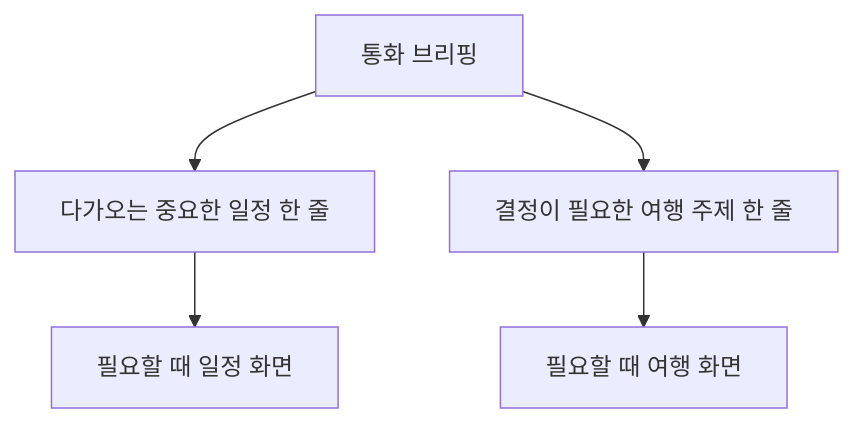
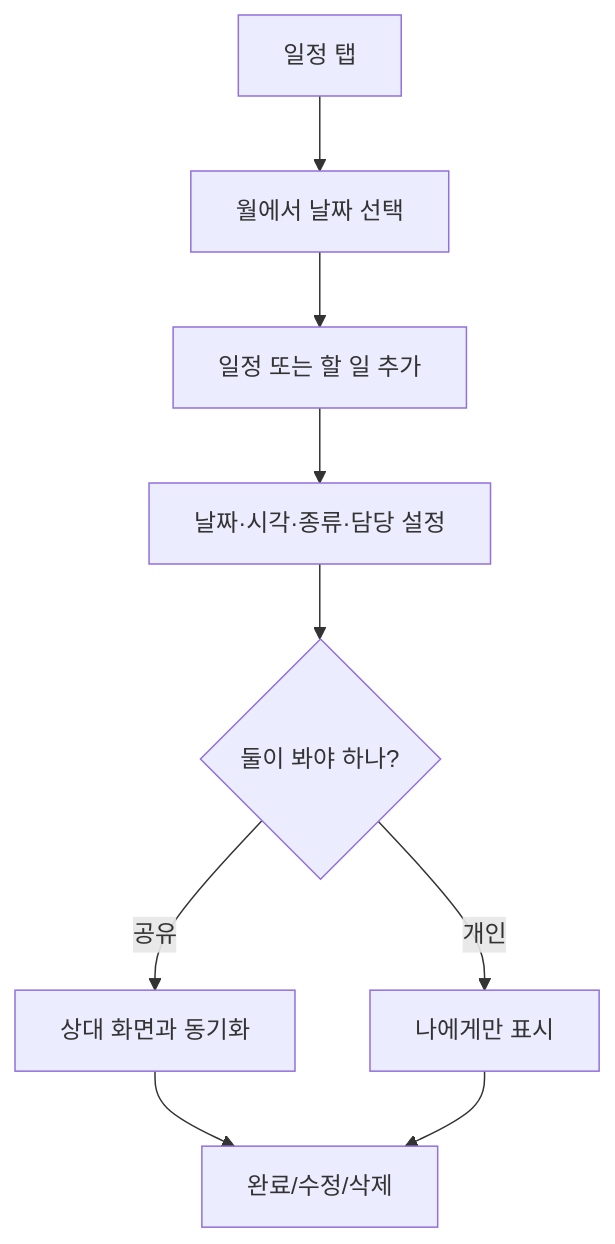
The sixth of 8 diagrams in docs/USER_FLOWS.md (yesung23/gomsin-log), drawn with Mermaid before and after one commit. The commit also changed other lines of this file and 25 other files, not shown here.

````diff
--- a/docs/USER_FLOWS.md
+++ b/docs/USER_FLOWS.md
@@ -110,7 +96,11 @@
 ```mermaid
 flowchart TD
-    A["통화 브리핑"] --> B["다가오는 중요한 일정 한 줄"]
-    A --> C["결정이 필요한 여행 주제 한 줄"]
-    B --> D["필요할 때 일정 화면"]
-    C --> E["필요할 때 여행 화면"]
+  A["일정 탭"] --> B["월에서 날짜 선택"]
+  B --> C["일정 또는 할 일 추가"]
+  C --> D["날짜·시각·종류·담당 설정"]
+  D --> E{"둘이 봐야 하나?"}
+  E -- "공유" --> F["상대 화면과 동기화"]
+  E -- "개인" --> G["나에게만 표시"]
+  F --> H["완료/수정/삭제"]
+  G --> H
 ```
````
